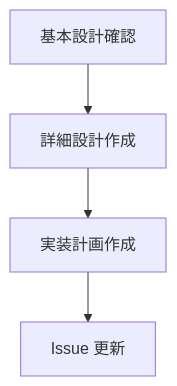
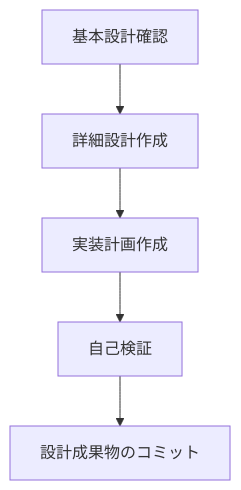
The second of 3 diagrams in docs/04_手順書/04_開発フロー/01_Issue駆動開発.md (ka2kama/ringiflow), drawn with Mermaid before and after one commit. The commit also changed other lines of this file and 1 other file, not shown here.

````diff
--- a/docs/04_手順書/04_開発フロー/01_Issue駆動開発.md
+++ b/docs/04_手順書/04_開発フロー/01_Issue駆動開発.md
@@ -134,6 +134,7 @@
 ```mermaid
 flowchart TB
     A["基本設計確認"] --> B["詳細設計作成"]
     B --> C["実装計画作成"]
-    C --> D["Issue 更新"]
+    C --> D["自己検証"]
+    D --> E["設計成果物のコミット"]
 ```
````
